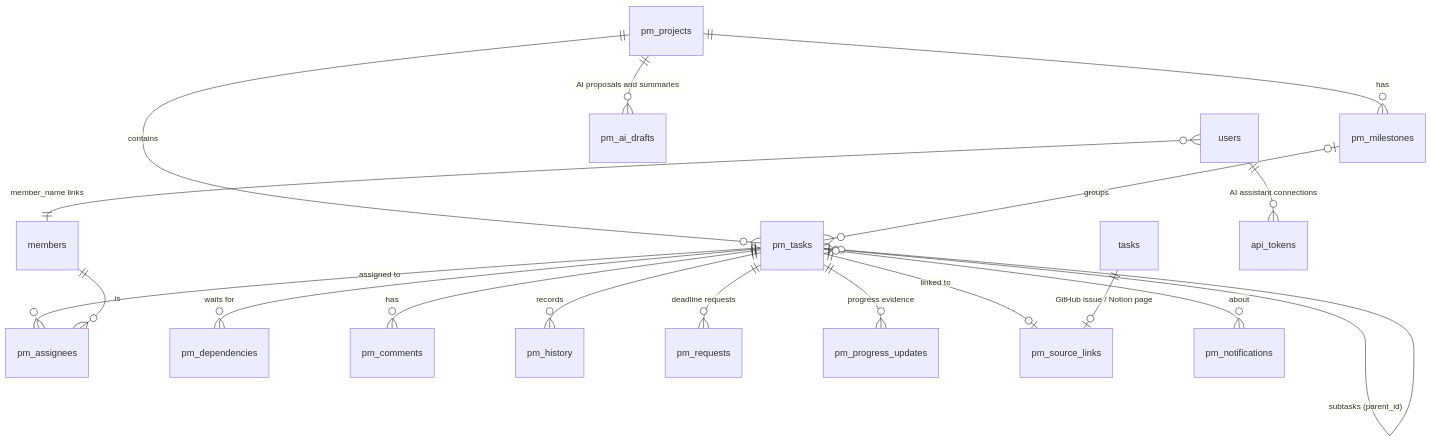
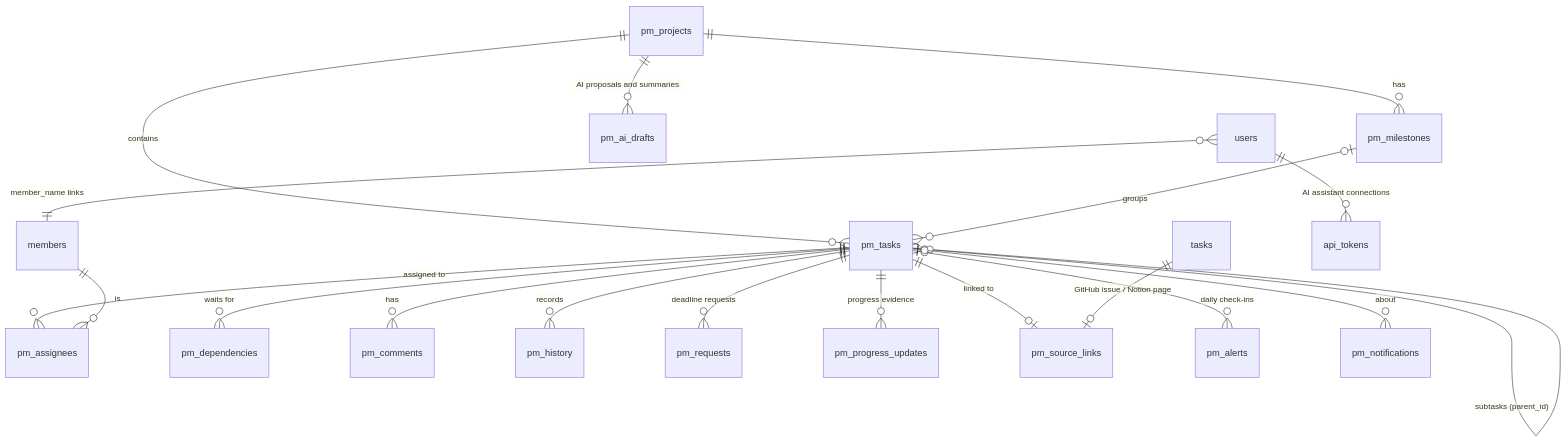
The diagram in docs/TEAMPULSE_2.md (Siddhi-Karhekar/Tracker), drawn with Mermaid before and after one commit. The commit also changed other lines of this file and 10 other files, not shown here.

First line of the commit message:
TeamPulse 2.0 phase 5: daily check-ins that suggest, never change

````diff
--- a/docs/TEAMPULSE_2.md
+++ b/docs/TEAMPULSE_2.md
@@ -234,20 +266,21 @@
 ```mermaid
 erDiagram
     pm_projects ||--o{ pm_milestones : has
     pm_projects ||--o{ pm_tasks : contains
     pm_milestones |o--o{ pm_tasks : groups
     pm_tasks |o--o{ pm_tasks : "subtasks (parent_id)"
     pm_tasks ||--o{ pm_assignees : "assigned to"
     members ||--o{ pm_assignees : is
     pm_tasks ||--o{ pm_dependencies : "waits for"
     pm_tasks ||--o{ pm_comments : has
     pm_tasks ||--o{ pm_history : records
     pm_tasks ||--o{ pm_requests : "deadline requests"
     pm_tasks ||--o{ pm_progress_updates : "progress evidence"
     pm_tasks ||--o| pm_source_links : "linked to"
     tasks ||--o| pm_source_links : "GitHub issue / Notion page"
     pm_projects ||--o{ pm_ai_drafts : "AI proposals and summaries"
     users ||--o{ api_tokens : "AI assistant connections"
+    pm_tasks |o--o{ pm_alerts : "daily check-ins"
     pm_tasks |o--o{ pm_notifications : about
     users }o--|| members : "member_name links"
 ```
````
